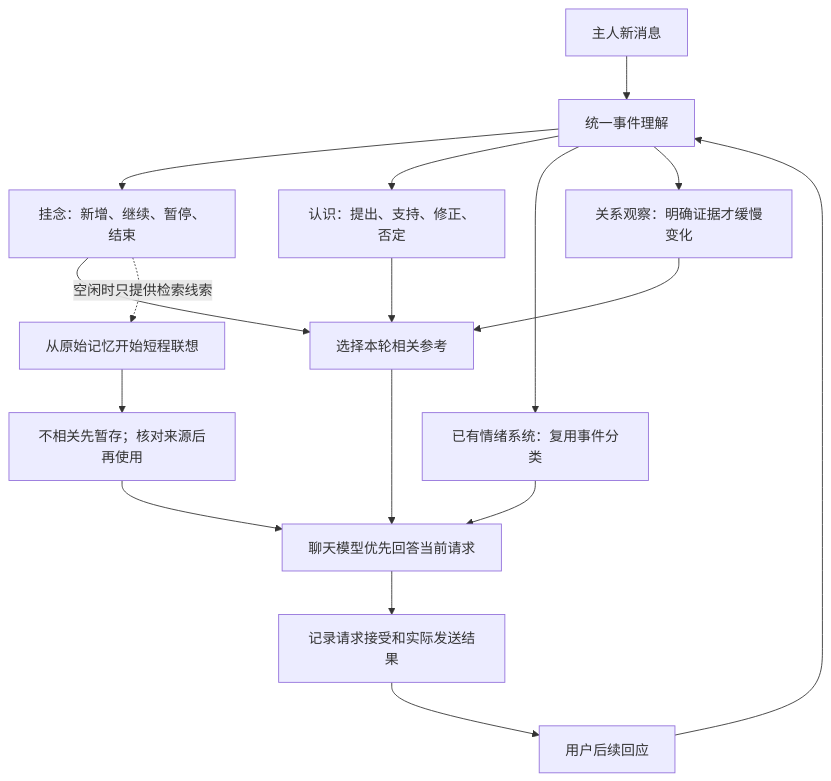
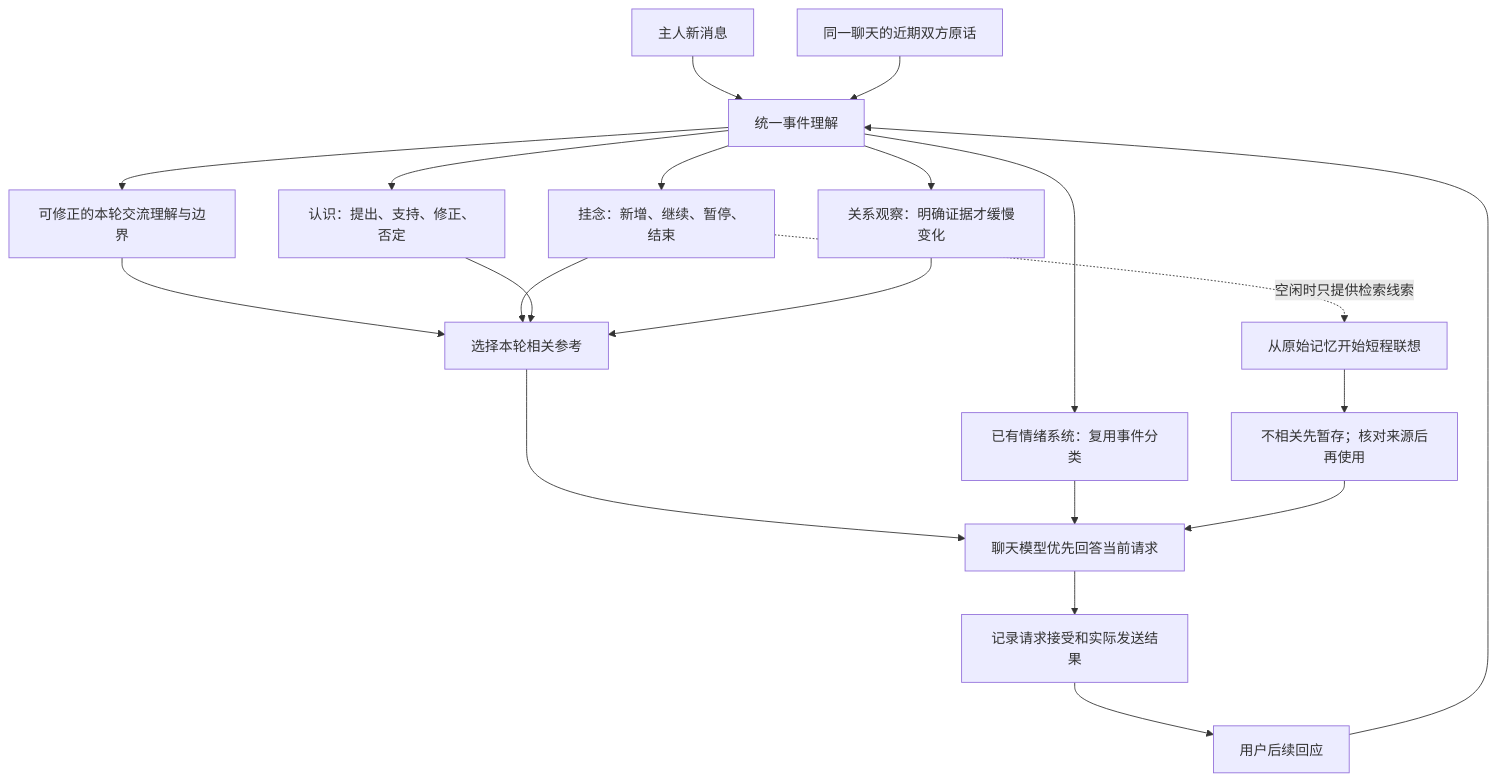
One commit to swy55555/dsh-feiyu-memory-console changed the diagram in docs/continuity.md. Above: the diagram before and after it, drawn with Mermaid. The commit also changed other lines of this file and 109 other files, not shown here.

````diff
--- a/docs/continuity.md
+++ b/docs/continuity.md
@@ -15,19 +15,22 @@
 ```mermaid
 flowchart TD
     A[主人新消息] --> B[统一事件理解]
+    A0[同一聊天的近期双方原话] --> B
+    B --> U[可修正的本轮交流理解与边界]
+    U --> G
     B --> C[挂念：新增、继续、暂停、结束]
     B --> D[认识：提出、支持、修正、否定]
     B --> E[已有情绪系统：复用事件分类]
     B --> F[关系观察：明确证据才缓慢变化]
     C --> G[选择本轮相关参考]
     D --> G
     F --> G
     G --> H[聊天模型优先回答当前请求]
     E --> H
     H --> I[记录请求接受和实际发送结果]
     I --> J[用户后续回应]
     J --> B
     C -.空闲时只提供检索线索.-> K[从原始记忆开始短程联想]
     K --> L[不相关先暂存；核对来源后再使用]
     L --> H
 ```
````
